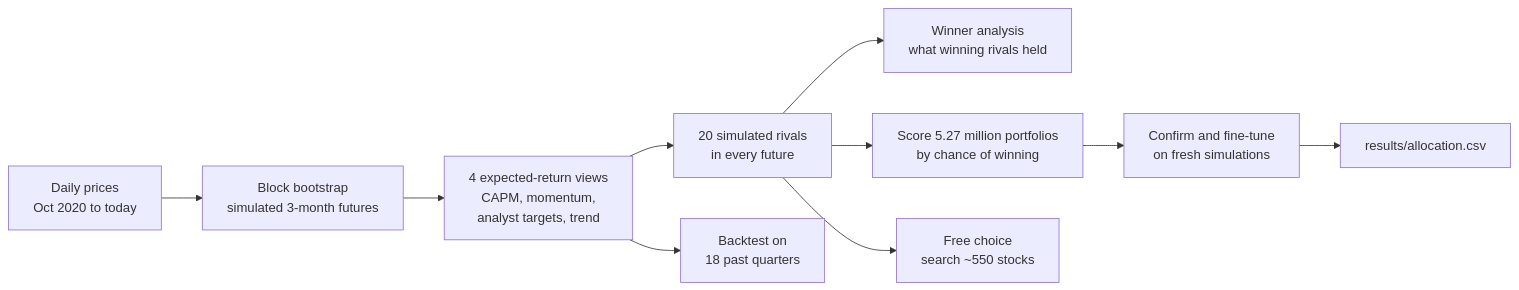
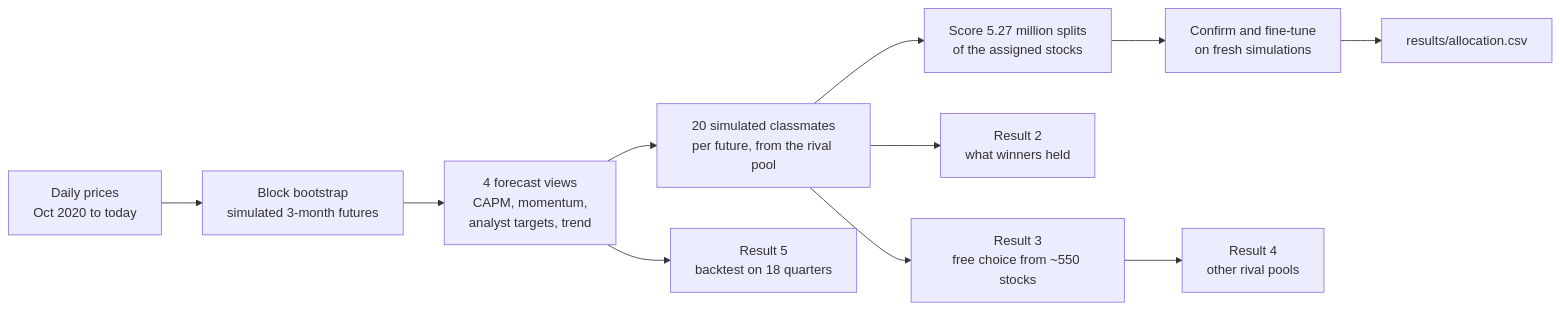
Before and after one commit to ArturasDedinas123/stock-competition-portfolio: the diagram in README.md, drawn with Mermaid. The commit also changed other lines of this file and 2 other files, not shown here.

First line of the commit message:
Explain rivals vs. candidates; add rival-pool experiment

````diff
--- a/README.md
+++ b/README.md
@@ -71,12 +114,13 @@
 ```mermaid
 flowchart LR
     A["Daily prices<br/>Oct 2020 to today"] --> B["Block bootstrap<br/>simulated 3-month futures"]
-    B --> C["4 expected-return views<br/>CAPM, momentum,<br/>analyst targets, trend"]
-    C --> D["20 simulated rivals<br/>in every future"]
-    D --> W["Winner analysis<br/>what winning rivals held"]
-    D --> E["Score 5.27 million portfolios<br/>by chance of winning"]
+    B --> C["4 forecast views<br/>CAPM, momentum,<br/>analyst targets, trend"]
+    C --> D["20 simulated classmates<br/>per future, from the rival pool"]
+    D --> E["Score 5.27 million splits<br/>of the assigned stocks"]
     E --> F["Confirm and fine-tune<br/>on fresh simulations"]
     F --> G["results/allocation.csv"]
-    D --> P["Free choice<br/>search ~550 stocks"]
-    C --> H["Backtest on<br/>18 past quarters"]
+    D --> W["Result 2<br/>what winners held"]
+    D --> P["Result 3<br/>free choice from ~550 stocks"]
+    P --> R["Result 4<br/>other rival pools"]
+    C --> H["Result 5<br/>backtest on 18 quarters"]
 ```
````
